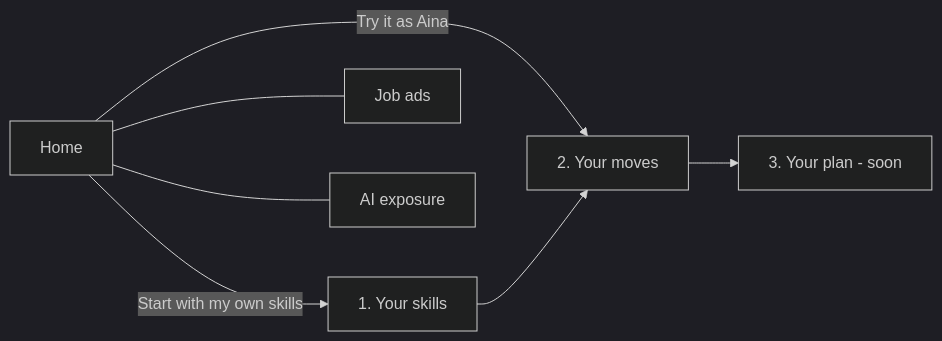
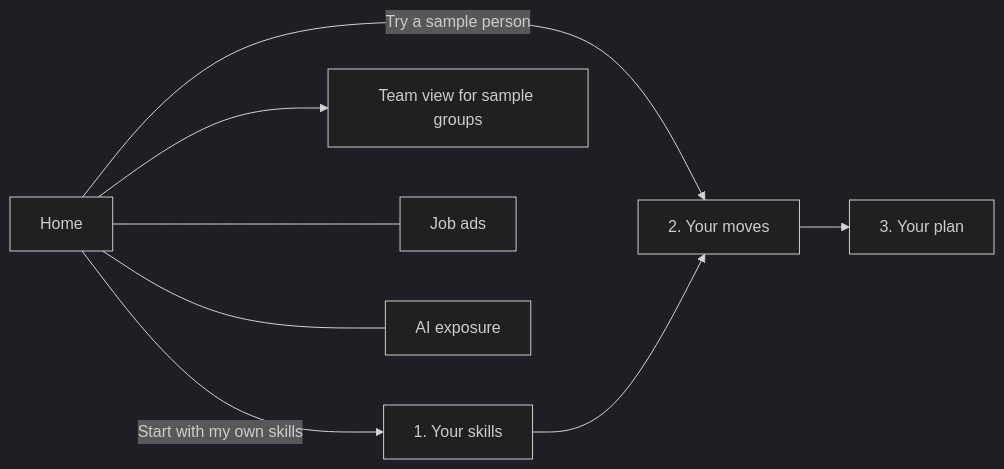
Before and after one commit to kairos8232/TomorrowWorks: the diagram in README.md, drawn with Mermaid (dark theme). The commit also changed other lines of this file and 1 other file, not shown here.

````diff
--- a/README.md
+++ b/README.md
@@ -38,9 +38,10 @@
 ```mermaid
 flowchart LR
-    H[Home] -->|Try it as Aina| M[2. Your moves]
+    H[Home] -->|Try a sample person| M[2. Your moves]
     H -->|Start with my own skills| S[1. Your skills]
     S --> M
-    M --> P[3. Your plan - soon]
+    M --> P[3. Your plan]
+    H --> T[Team view for sample groups]
     H --- J[Job ads]
     H --- A[AI exposure]
 ```
````
